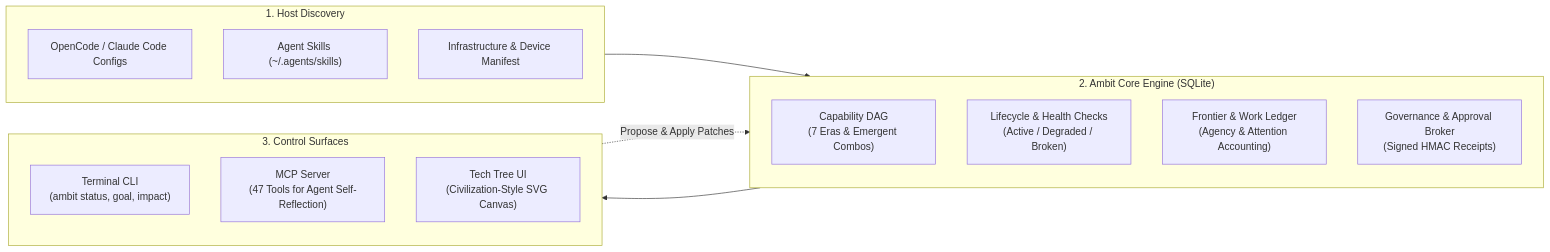
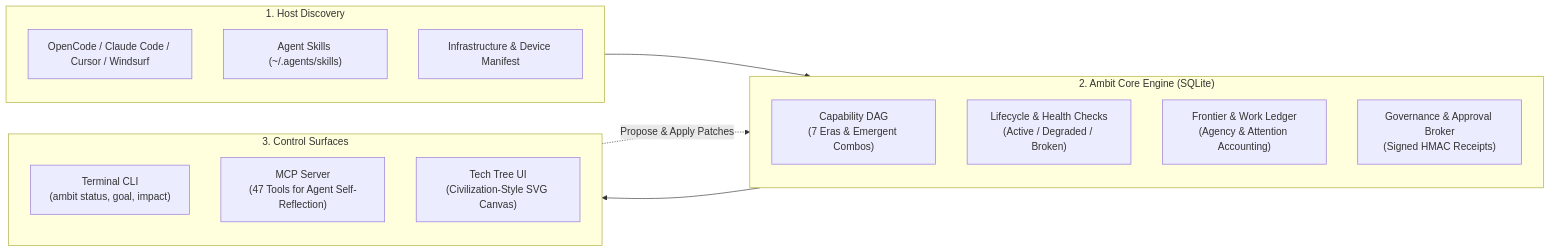
Before and after one commit to zz-plant/ambit: the first of 2 diagrams in README.md, drawn with Mermaid. The commit also changed other lines of this file and 10 other files, not shown here.

First line of the commit message:
Discover Cursor and Windsurf MCP clients

````diff
--- a/README.md
+++ b/README.md
@@ -44,25 +48,25 @@
 ```mermaid
 flowchart LR
     subgraph Discovery["1. Host Discovery"]
-        CFG["OpenCode / Claude Code Configs"]
+        CFG["OpenCode / Claude Code / Cursor / Windsurf"]
         SKILLS["Agent Skills (~/.agents/skills)"]
         INFRA["Infrastructure & Device Manifest"]
     end
 
     subgraph CoreEngine["2. Ambit Core Engine (SQLite)"]
         DAG["Capability DAG\n(7 Eras & Emergent Combos)"]
         ASSURE["Lifecycle & Health Checks\n(Active / Degraded / Broken)"]
         LEDGER["Frontier & Work Ledger\n(Agency & Attention Accounting)"]
         GOV["Governance & Approval Broker\n(Signed HMAC Receipts)"]
     end
 
     subgraph Surfaces["3. Control Surfaces"]
         CLI["Terminal CLI\n(ambit status, goal, impact)"]
         MCP["MCP Server\n(47 Tools for Agent Self-Reflection)"]
         WEB["Tech Tree UI\n(Civilization-Style SVG Canvas)"]
     end
 
     Discovery --> CoreEngine
     CoreEngine --> Surfaces
     Surfaces -.->|"Propose & Apply Patches"| CoreEngine
 ```
````
